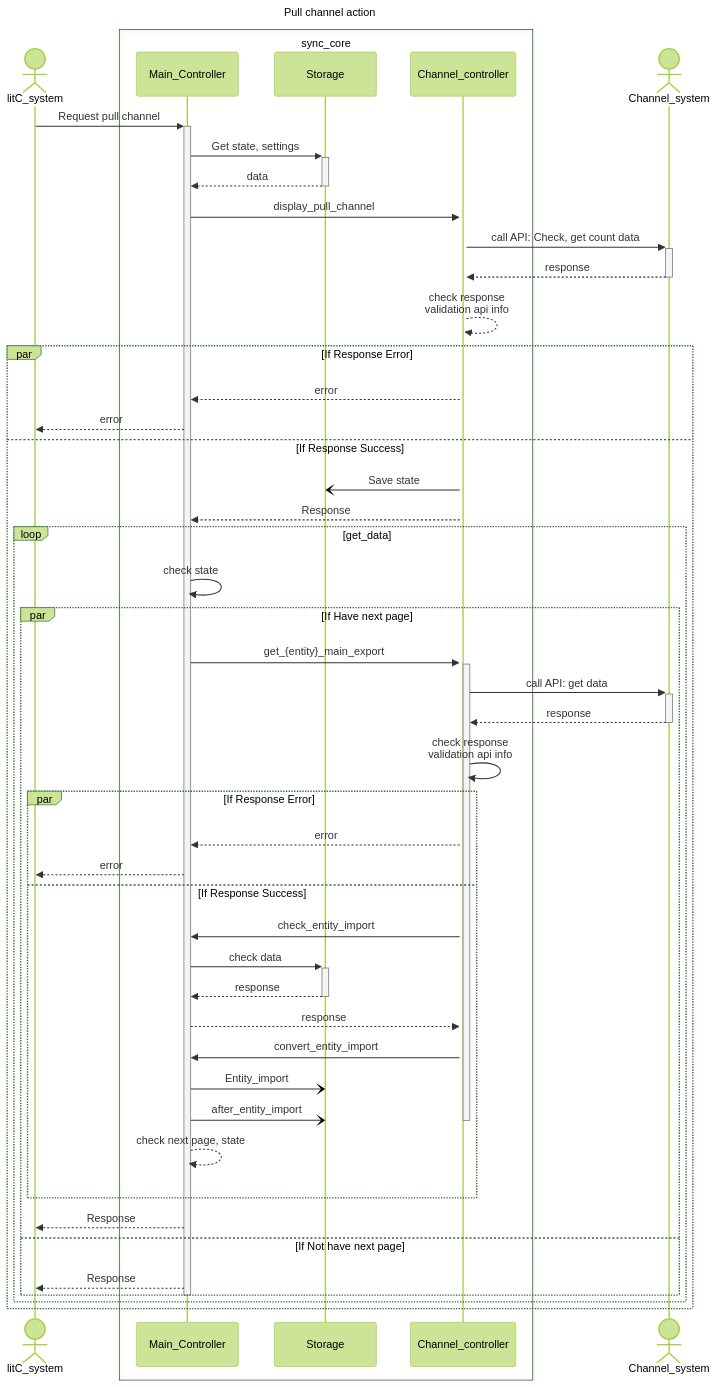
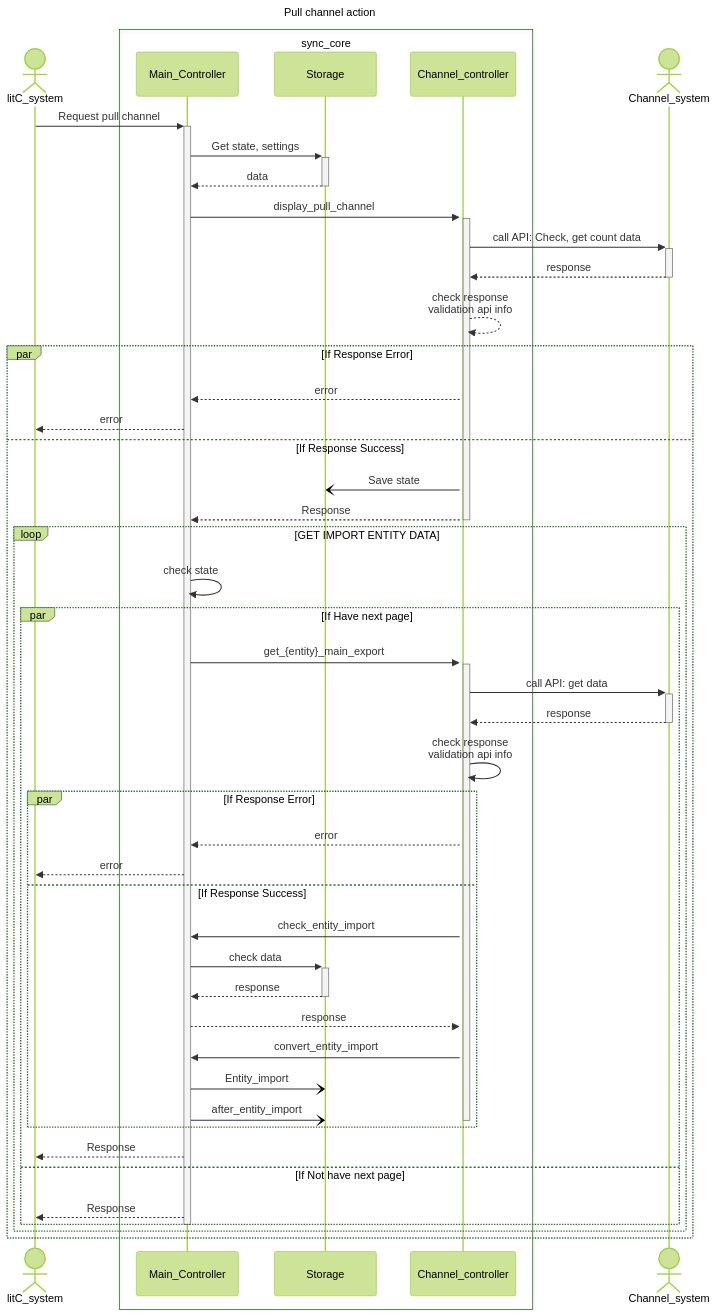
One commit to WuzenLiz/markdown changed diagram 11 of 11 in pseudoAllFunction.md. Above: the diagram before and after it, drawn with Mermaid.

Commit message:
update pull processDiagram

````diff
--- a/pseudoAllFunction.md
+++ b/pseudoAllFunction.md
@@ -204,57 +204,58 @@
 ```mermaid
 ---
 title: Pull channel action
 config: 
     theme: forest
     curve: basis
 ---
 sequenceDiagram
     Actor A as litC_system
     box sync_core
         participant B as Main_Controller
         participant D as Storage
         participant C as Channel_controller
     end
     ACTOR E as Channel_system
     A->>+B:Request pull channel 
     B->>+D:Get state, settings
     D-->>-B:data
+    activate C
     B->>+C:display_pull_channel
     C->>+E:call API: Check, get count data
     E-->>-C:response
     C-->>C:check response<br>validation api info
     par If Response Error
         C-->>B:error
         B-->>A:error
     and If Response Success
         C-)D:Save state
         C-->>B:Response
-        loop get_data
+        deactivate C
+        loop GET IMPORT ENTITY DATA
             B->>B:check state
             par If Have next page
                 B->>+C:get_{entity}_main_export
                 C->>+E:call API: get data
                 E-->>-C:response
                 C->>C:check response<br>validation api info
                 par If Response Error
                     C-->>B:error
                     B-->>A:error
                 and If Response Success
                     C->>B:check_entity_import
                     B->>+D:check data
                     D-->>-B:response
                     B-->>C:response
                     C->>B:convert_entity_import
                     B-)D:Entity_import
                     B-)D:after_entity_import
                     deactivate C
-                    B-->>B:check next page, state
                 end
                 B-->>A:Response
             and If Not have next page
                 B-->>A:Response
             end
             deactivate B
         end
     end
 ```
````
